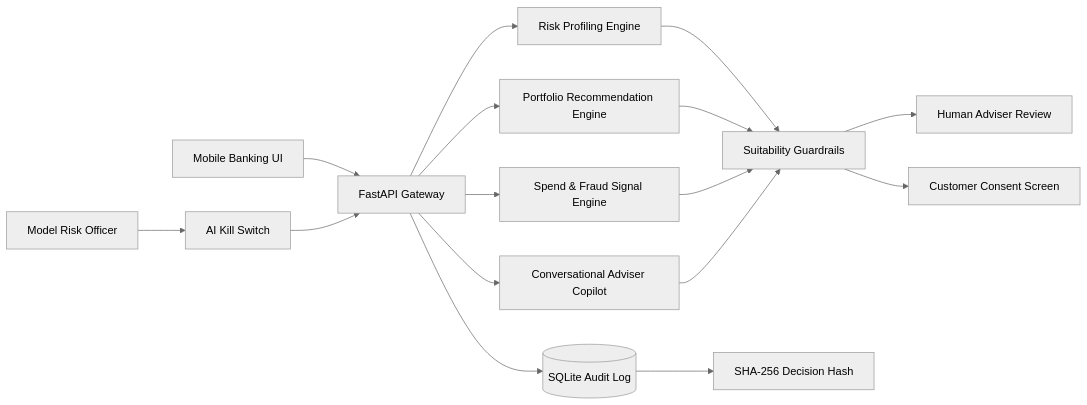
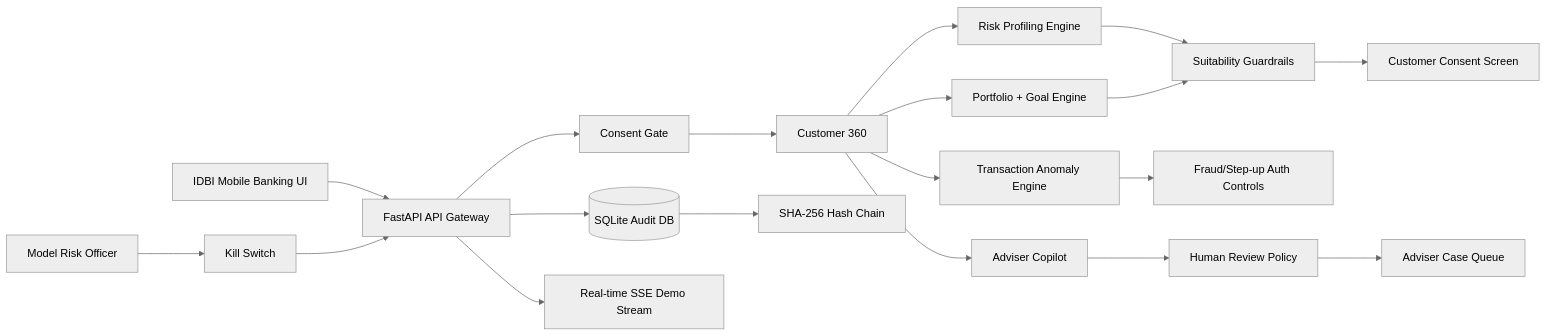
One commit to sleader3221-dot/niveshsetu-ai changed the diagram in README.md. Above: the diagram before and after it, drawn with Mermaid (neutral theme). The commit also changed other lines of this file and 21 other files, not shown here.

````diff
--- a/README.md
+++ b/README.md
@@ -84,18 +119,21 @@
 ```mermaid
 flowchart LR
-    A[Mobile Banking UI] --> B[FastAPI Gateway]
-    B --> C[Risk Profiling Engine]
-    B --> D[Portfolio Recommendation Engine]
-    B --> E[Spend & Fraud Signal Engine]
-    B --> F[Conversational Adviser Copilot]
-    C --> G[Suitability Guardrails]
-    D --> G
-    E --> G
-    F --> G
-    G --> H[Human Adviser Review]
-    G --> I[Customer Consent Screen]
-    B --> J[(SQLite Audit Log)]
-    J --> K[SHA-256 Decision Hash]
-    L[Model Risk Officer] --> M[AI Kill Switch]
-    M --> B
+    A[IDBI Mobile Banking UI] --> B[FastAPI API Gateway]
+    B --> C[Consent Gate]
+    C --> D[Customer 360]
+    D --> E[Risk Profiling Engine]
+    D --> F[Portfolio + Goal Engine]
+    D --> G[Transaction Anomaly Engine]
+    D --> H[Adviser Copilot]
+    E --> I[Suitability Guardrails]
+    F --> I
+    G --> J[Fraud/Step-up Auth Controls]
+    H --> K[Human Review Policy]
+    I --> L[Customer Consent Screen]
+    K --> M[Adviser Case Queue]
+    B --> N[(SQLite Audit DB)]
+    N --> O[SHA-256 Hash Chain]
+    P[Model Risk Officer] --> Q[Kill Switch]
+    Q --> B
+    B --> R[Real-time SSE Demo Stream]
 ```
````
